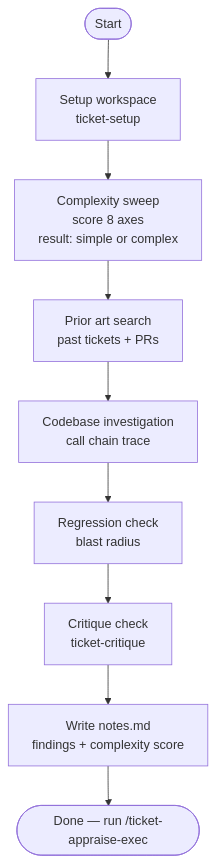
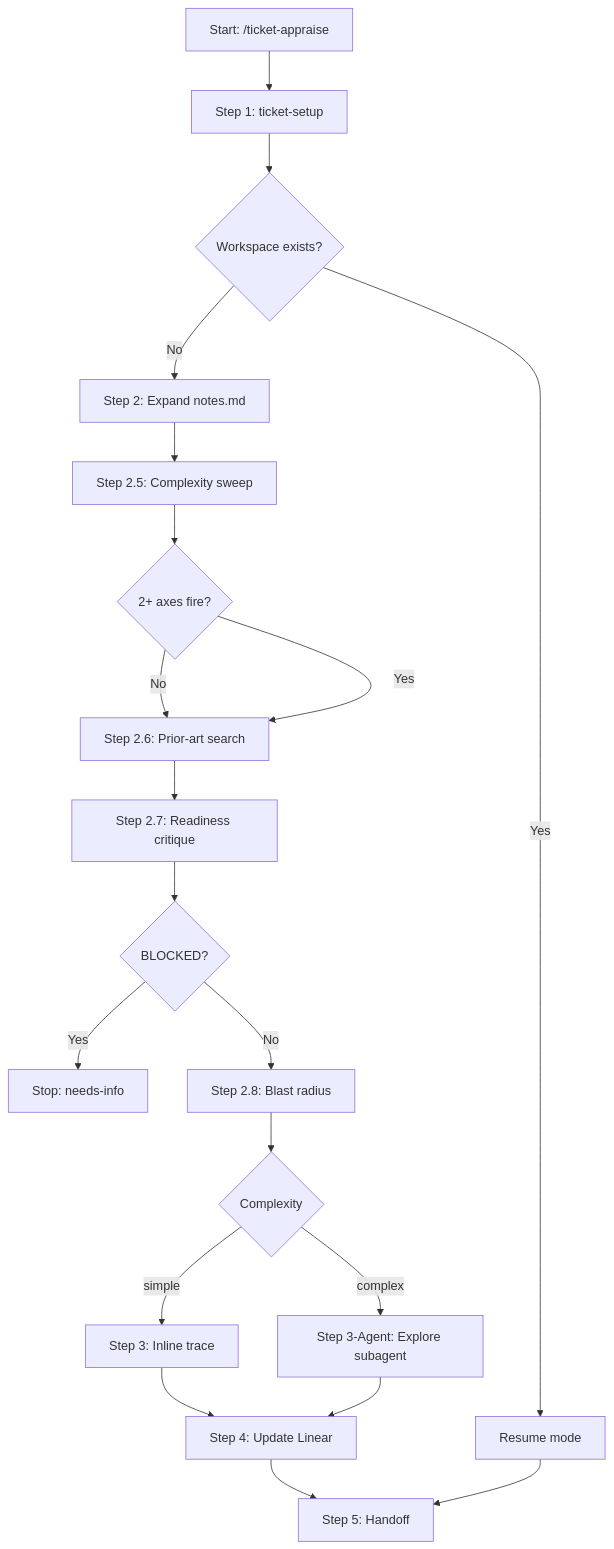
Before and after one commit to willard-pro/claude-plugins: the diagram in ticket-auto-pipeline/docs/skills/ticket-appraise.md, drawn with Mermaid. The commit also changed other lines of this file and 39 other files, not shown here.

````diff
--- a/ticket-auto-pipeline/docs/skills/ticket-appraise.md
+++ b/ticket-auto-pipeline/docs/skills/ticket-appraise.md
@@ -34,11 +39,22 @@
 ```mermaid
 flowchart TD
-    A([Start]) --> B[Setup workspace\nticket-setup]
-    B --> C[Complexity sweep\nscore 8 axes\nresult: simple or complex]
-    C --> D[Prior art search\npast tickets + PRs]
-    D --> E[Codebase investigation\ncall chain trace]
-    E --> F[Regression check\nblast radius]
-    F --> G[Critique check\nticket-critique]
-    G --> H[Write notes.md\nfindings + complexity score]
-    H --> I([Done — run /ticket-appraise-exec])
+    A[Start: /ticket-appraise] --> B[Step 1: ticket-setup]
+    B --> C{Workspace exists?}
+    C -->|Yes| R[Resume mode]
+    C -->|No| D[Step 2: Expand notes.md]
+    D --> E[Step 2.5: Complexity sweep]
+    E --> F{2+ axes fire?}
+    F -->|No| G[Step 2.6: Prior-art search]
+    F -->|Yes| G
+    G --> H[Step 2.7: Readiness critique]
+    H --> I{BLOCKED?}
+    I -->|Yes| STOP[Stop: needs-info]
+    I -->|No| J[Step 2.8: Blast radius]
+    J --> K{Complexity}
+    K -->|simple| L[Step 3: Inline trace]
+    K -->|complex| M[Step 3-Agent: Explore subagent]
+    L --> N[Step 4: Update Linear]
+    M --> N
+    N --> O[Step 5: Handoff]
+    R --> O
 ```
````
